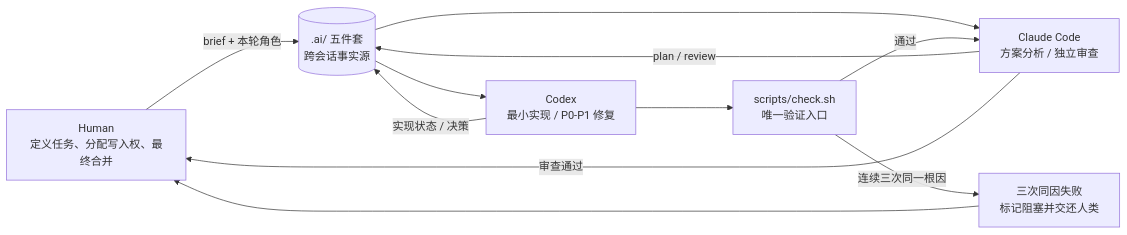
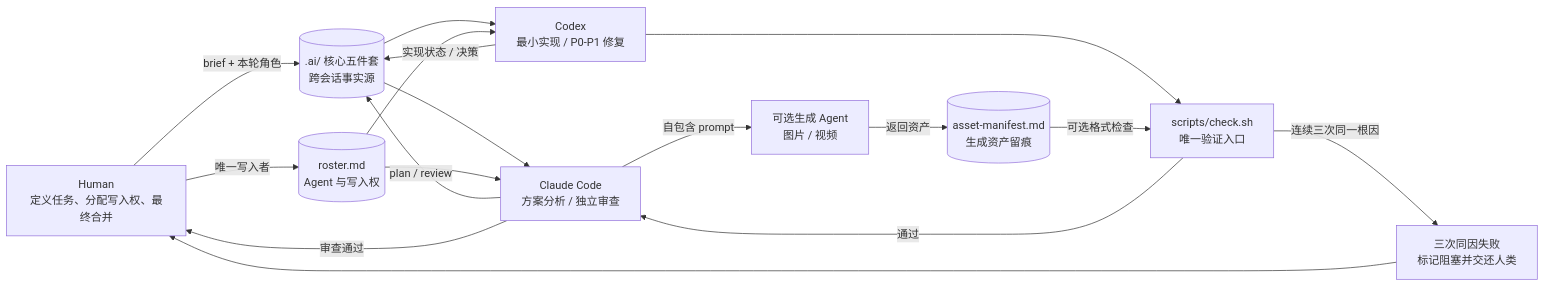
One commit to zosea231/jiaojie changed the diagram in README.md. Above: the diagram before and after it, drawn with Mermaid. The commit also changed other lines of this file and 18 other files, not shown here.

Commit message:
Add extensible agent roster and AWI branding

````diff
--- a/README.md
+++ b/README.md
@@ -33,20 +41,29 @@
 ```mermaid
 flowchart LR
     H["Human<br/>定义任务、分配写入权、最终合并"]
-    S[(".ai/ 五件套<br/>跨会话事实源")]
+    S[(".ai/ 核心五件套<br/>跨会话事实源")]
+    R[("roster.md<br/>Agent 与写入权")]
+    A[("asset-manifest.md<br/>生成资产留痕")]
     C["Claude Code<br/>方案分析 / 独立审查"]
     X["Codex<br/>最小实现 / P0-P1 修复"]
+    G["可选生成 Agent<br/>图片 / 视频"]
     V["scripts/check.sh<br/>唯一验证入口"]
     B["三次同因失败<br/>标记阻塞并交还人类"]
 
     H -->|brief + 本轮角色| S
+    H -->|唯一写入者| R
     S --> C
     S --> X
+    R --> C
+    R --> X
+    C -->|自包含 prompt| G
+    G -->|返回资产| A
     C -->|plan / review| S
     X -->|实现状态 / 决策| S
     X --> V
+    A -->|可选格式检查| V
     V -->|通过| C
     V -->|连续三次同一根因| B
     B --> H
     C -->|审查通过| H
 ```
````
